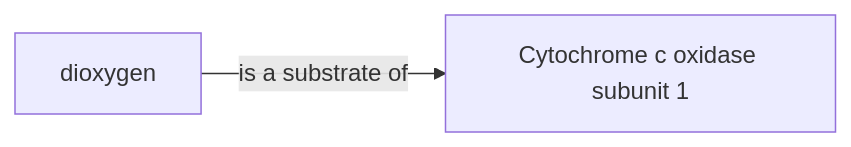
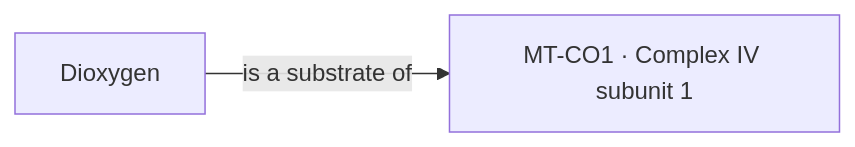
One commit to MAlcont/KnowledgeBase-for-QuantumBio changed the diagram in visualisation.md. Above: the diagram before and after it, drawn with Mermaid. The commit also changed other lines of this file, not shown here.

````diff
--- a/visualisation.md
+++ b/visualisation.md
@@ -19,4 +9,4 @@
 ```mermaid
 flowchart LR
-    A["dioxygen"] -->|is a substrate of| B["Cytochrome c oxidase subunit 1"]
+    O["Dioxygen"] -->|is a substrate of| C["MT-CO1 · Complex IV subunit 1"]
 ```
````
